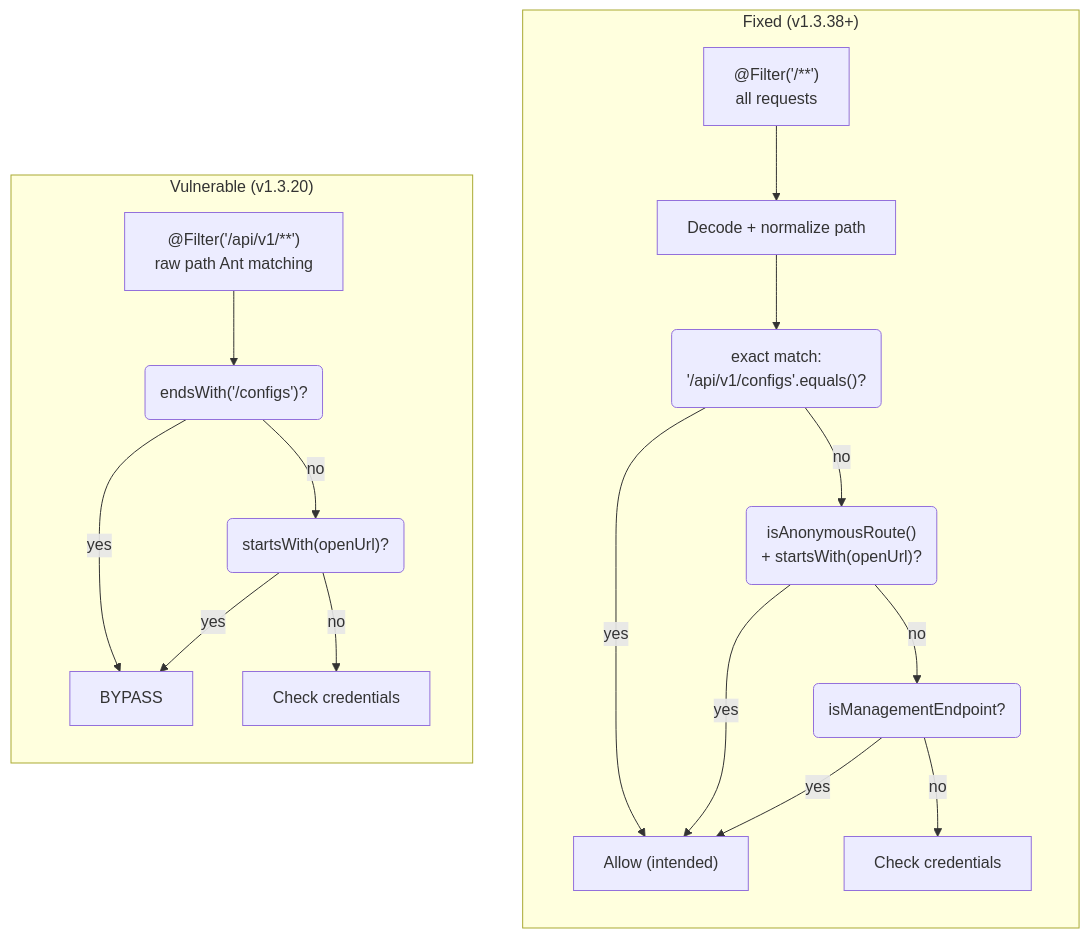
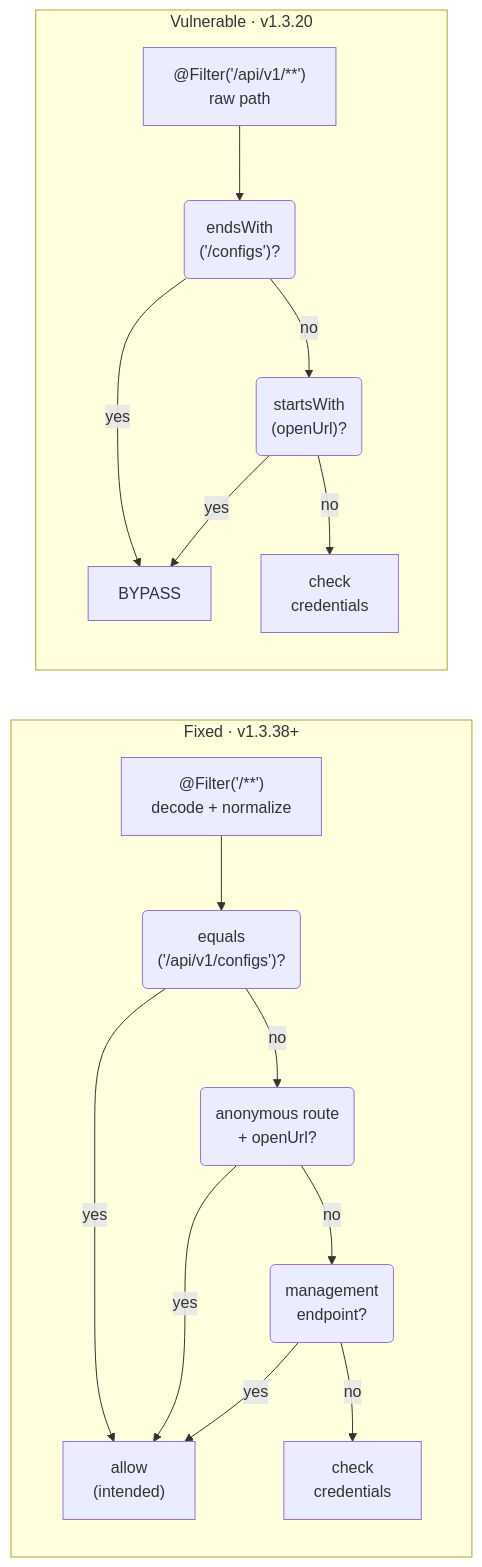
One commit to nithissh7/nithissh7.github.io changed the fourth of 4 diagrams in src/content/blog/kestra-cve-2026-49869-auth-bypass-rce.md. Above: the diagram before and after it, drawn with Mermaid. The commit also changed other lines of this file and 6 other files, not shown here.

First line of the commit message:
Compact diagrams that fit inside the reading column

````diff
--- a/src/content/blog/kestra-cve-2026-49869-auth-bypass-rce.md
+++ b/src/content/blog/kestra-cve-2026-49869-auth-bypass-rce.md
@@ -541,28 +540,27 @@
 ```mermaid
-flowchart LR
-    subgraph VULN["Vulnerable (v1.3.20)"]
+flowchart TB
+    subgraph VULN["Vulnerable · v1.3.20"]
         direction TB
-        V1["@Filter('/api/v1/**')<br/>raw path Ant matching"] --> V2("endsWith('/configs')?")
+        V1["@Filter('/api/v1/**')<br/>raw path"] --> V2("endsWith<br/>('/configs')?")
         V2 -- yes --> V3["BYPASS"]
-        V2 -- no --> V4("startsWith(openUrl)?")
+        V2 -- no --> V4("startsWith<br/>(openUrl)?")
         V4 -- yes --> V3
-        V4 -- no --> V5["Check credentials"]
+        V4 -- no --> V5["check<br/>credentials"]
     end
 
-    subgraph FIXED["Fixed (v1.3.38+)"]
+    subgraph FIXED["Fixed · v1.3.38+"]
         direction TB
-        F1["@Filter('/**')<br/>all requests"] --> F2["Decode + normalize path"]
-        F2 --> F3("exact match:<br/>'/api/v1/configs'.equals()?")
-        F3 -- yes --> F4["Allow (intended)"]
-        F3 -- no --> F5("isAnonymousRoute()<br/>+ startsWith(openUrl)?")
+        F1["@Filter('/**')<br/>decode + normalize"] --> F3("equals<br/>('/api/v1/configs')?")
+        F3 -- yes --> F4["allow<br/>(intended)"]
+        F3 -- no --> F5("anonymous route<br/>+ openUrl?")
         F5 -- yes --> F4
-        F5 -- no --> F6("isManagementEndpoint?")
+        F5 -- no --> F6("management<br/>endpoint?")
         F6 -- yes --> F4
-        F6 -- no --> F7["Check credentials"]
+        F6 -- no --> F7["check<br/>credentials"]
     end
 
     VULN ~~~ FIXED
 
     class V3,VULN bug
     class F4,FIXED ok
 ```
````
